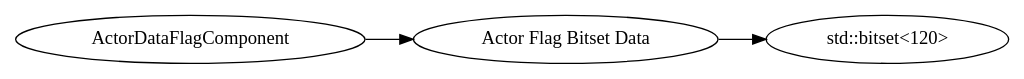
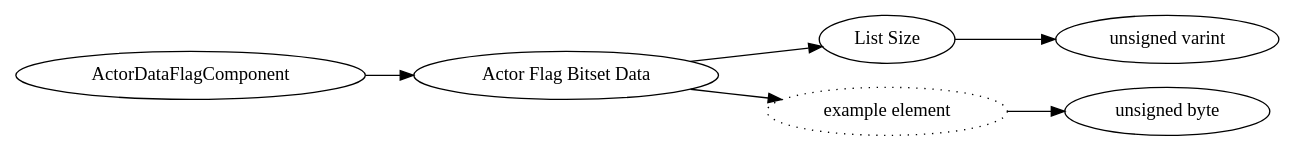
The diagram in dot/ActorDataFlagComponent.dot (Mojang/bedrock-protocol-docs), drawn with Graphviz before and after one commit. The commit also changed 806 other files, not shown here.

```diff
--- a/dot/ActorDataFlagComponent.dot
+++ b/dot/ActorDataFlagComponent.dot
@@ -1,12 +1,18 @@
 digraph "ActorDataFlagComponent" {
 rankdir = LR
-2
+0
+0 -> 1
+1 -> 2
 2 -> 3
-3 -> 7
+1 -> 4
+4 -> 5
 
-2 [label="ActorDataFlagComponent",comment="name: \"ActorDataFlagComponent\", typeName: \"\", id: 2, branchId: 0, recurseId: -1, attributes: 0, notes: \"\""];
-3 [label="Actor Flag Bitset Data",comment="name: \"Actor Flag Bitset Data\", typeName: \"std::bitset<120>\", id: 3, branchId: 0, recurseId: -1, attributes: 256, notes: \"Bitset where the bits are indexed by ActorFlags, see ActorFlagsBitset\""];
-7 [label="std::bitset<120>",comment="name: \"std::bitset<120>\", typeName: \"\", id: 7, branchId: 0, recurseId: -1, attributes: 512, notes: \"\""];
-{ rank = max;7}
+0 [label="ActorDataFlagComponent",comment="name: \"ActorDataFlagComponent\", typeName: \"\", id: 0, branchId: 0, recurseId: -1, attributes: 0, notes: \"\""];
+1 [label="Actor Flag Bitset Data",comment="name: \"Actor Flag Bitset Data\", typeName: \"\", id: 1, branchId: 0, recurseId: -1, attributes: 0, notes: \"\""];
+2 [label="List Size",comment="name: \"List Size\", typeName: \"\", id: 2, branchId: 0, recurseId: -1, attributes: 0, notes: \"\""];
+3 [label="unsigned varint",comment="name: \"unsigned varint\", typeName: \"\", id: 3, branchId: 0, recurseId: -1, attributes: 0, notes: \"\""];
+4 [label="example element",style=dotted,comment="name: \"example element\", typeName: \"\", id: 4, branchId: 0, recurseId: -1, attributes: 16, notes: \"\""];
+5 [label="unsigned byte",comment="name: \"unsigned byte\", typeName: \"\", id: 5, branchId: 0, recurseId: -1, attributes: 512, notes: \"\""];
+{ rank = max;5}
 
 }
```
